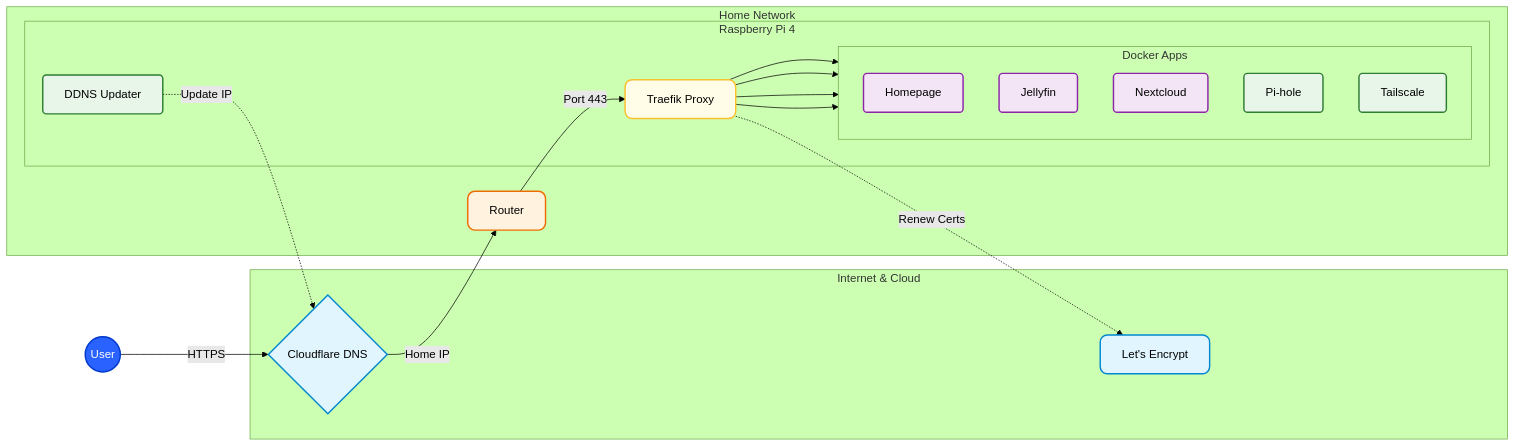
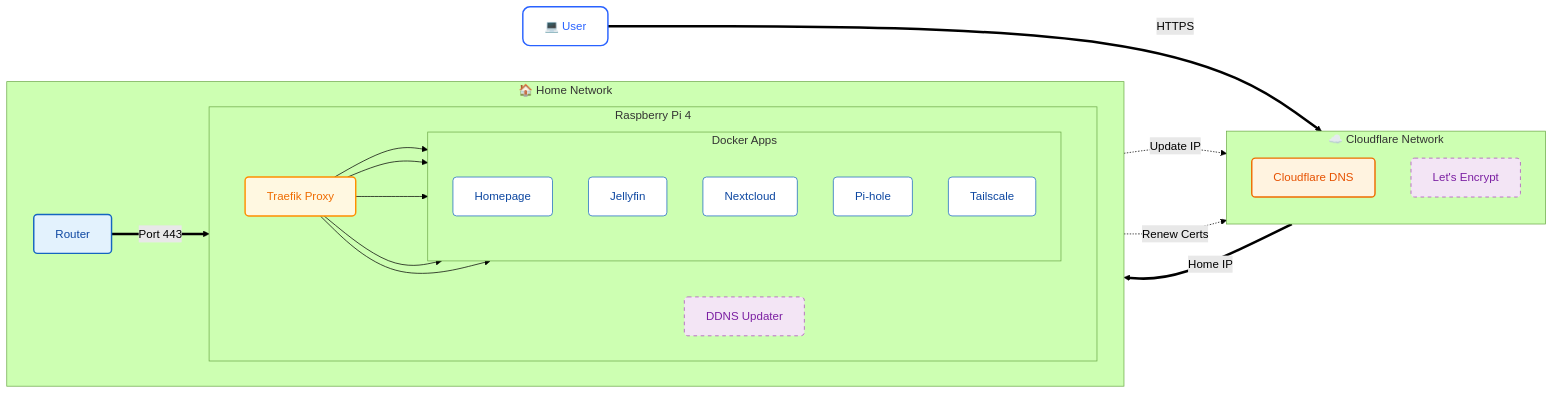
One commit to charan-altro/self-host-lab changed the diagram in README.md. Above: the diagram before and after it, drawn with Mermaid (forest theme).

````diff
--- a/README.md
+++ b/README.md
@@ -9,49 +9,53 @@
 ```mermaid
 graph LR
     %% Define Styles
-    classDef user fill:#2962FF,stroke:#0039CB,stroke-width:2px,color:white,rx:50,ry:50
-    classDef cloud fill:#E1F5FE,stroke:#0288D1,stroke-width:2px,rx:10,ry:10
-    classDef router fill:#FFF3E0,stroke:#EF6C00,stroke-width:2px,rx:10,ry:10
-    classDef proxy fill:#FFFDE7,stroke:#FBC02D,stroke-width:2px,rx:10,ry:10
-    classDef app fill:#F3E5F5,stroke:#8E24AA,stroke-width:2px,rx:5,ry:5
-    classDef net fill:#E8F5E9,stroke:#2E7D32,stroke-width:2px,rx:5,ry:5
+    classDef user fill:#ffffff,stroke:#2962ff,stroke-width:2px,rx:10,ry:10,color:#2962ff
+    classDef cloud fill:#fff3e0,stroke:#ef6c00,stroke-width:2px,rx:5,ry:5,color:#e65100
+    classDef home fill:#e3f2fd,stroke:#1565c0,stroke-width:2px,rx:5,ry:5,color:#0d47a1
+    classDef proxy fill:#fff8e1,stroke:#ff8f00,stroke-width:2px,rx:5,ry:5,color:#ef6c00
+    classDef app fill:#ffffff,stroke:#1565c0,stroke-width:1px,rx:5,ry:5,color:#0d47a1
+    classDef auto fill:#f3e5f5,stroke:#ab47bc,stroke-width:1px,rx:5,ry:5,stroke-dasharray: 5 5,color:#7b1fa2
 
-    User((User)):::user
+    User[💻 User]:::user
     
-    subgraph Cloud [Internet & Cloud]
-        CF_DNS{Cloudflare DNS}:::cloud
-        LE[Let's Encrypt]:::cloud
+    subgraph Cloud [☁️ Cloudflare Network]
+        direction TB
+        CF_DNS[Cloudflare DNS]:::cloud
+        LE[Let's Encrypt]:::auto
     end
     
-    subgraph Home [Home Network]
-        Router[Router]:::router
+    subgraph Home [🏠 Home Network]
+        direction LR
+        Router[Router]:::home
         
-        subgraph RPi [Raspberry Pi 4]
+        subgraph Server [Raspberry Pi 4]
+            direction LR
             Traefik[Traefik Proxy]:::proxy
-            DDNS[DDNS Updater]:::net
+            DDNS[DDNS Updater]:::auto
             
             subgraph Docker [Docker Apps]
                 direction TB
                 Homepage[Homepage]:::app
                 Jellyfin[Jellyfin]:::app
                 Nextcloud[Nextcloud]:::app
-                PiHole[Pi-hole]:::net
-                Tailscale[Tailscale]:::net
+                PiHole[Pi-hole]:::app
+                Tailscale[Tailscale]:::app
             end
         end
     end
 
     %% Main Traffic Flow
-    User -->|HTTPS| CF_DNS
-    CF_DNS -->|Home IP| Router
-    Router -->|Port 443| Traefik
+    User ==>|HTTPS| CF_DNS
+    CF_DNS ==>|Home IP| Router
+    Router ==>|Port 443| Traefik
     
     Traefik --> Homepage
     Traefik --> Jellyfin
     Traefik --> Nextcloud
     Traefik --> PiHole
+    Traefik --> Tailscale
 
     %% Automation Flows
     DDNS -.->|Update IP| CF_DNS
     Traefik -.->|Renew Certs| LE
 ```
````
